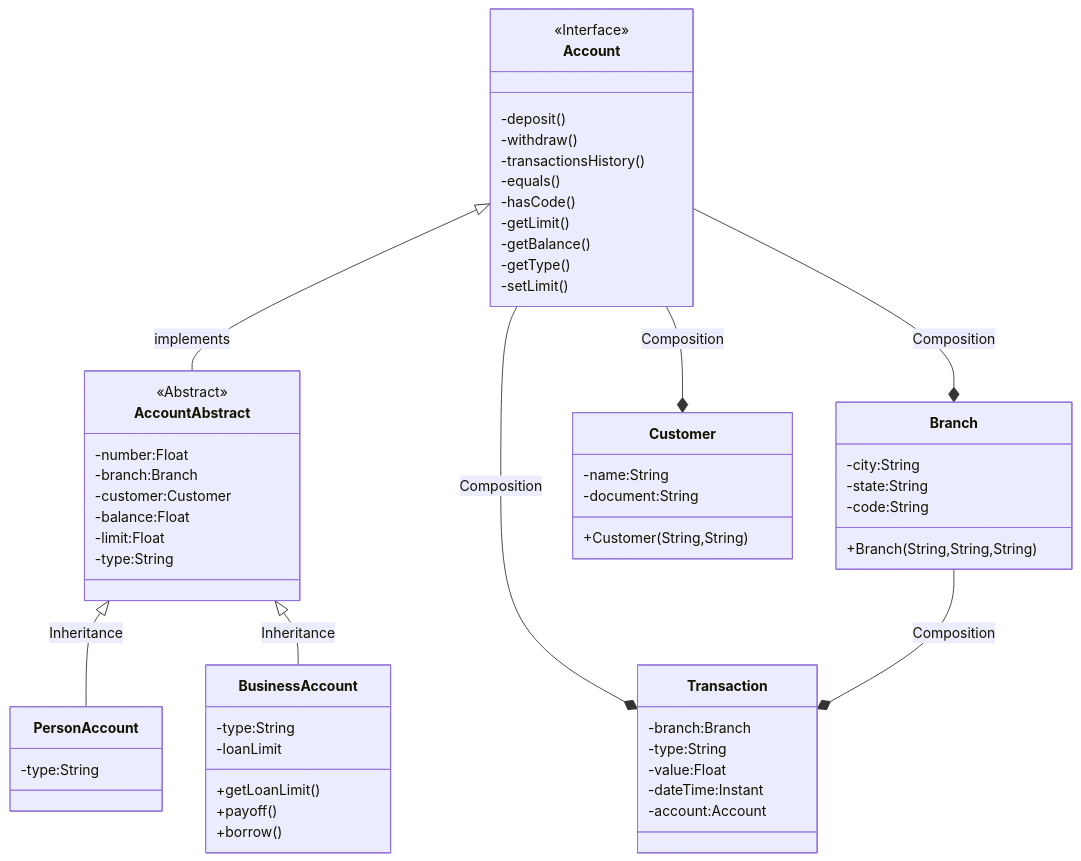
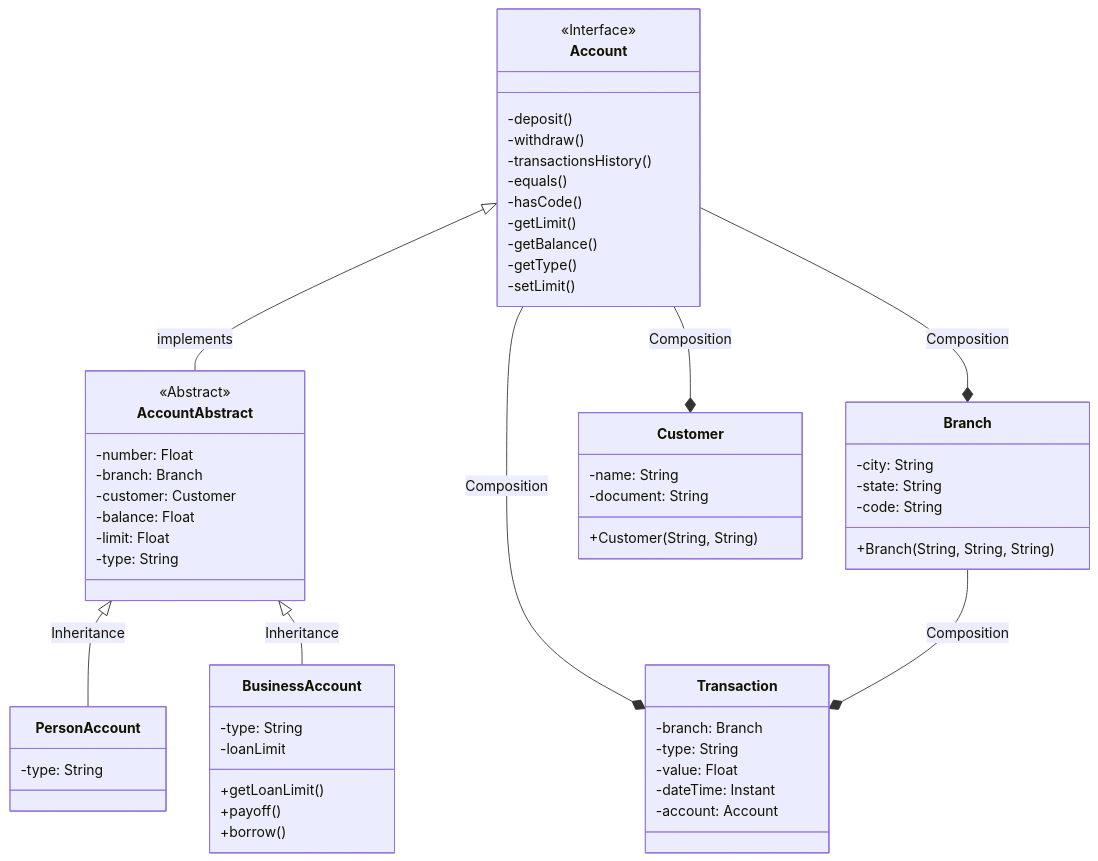
Before and after one commit to camila-fukuda/ryc-1-java: the diagram in README.md, drawn with Mermaid. The commit also changed other lines of this file and 4 other files, not shown here.

````diff
--- a/README.md
+++ b/README.md
@@ -69,59 +80,59 @@
 ```mermaid
 classDiagram
-    Account <|-- AccountAbstract : implements
+    Account <|-- AccountAbstract: implements
     AccountAbstract <|-- PersonAccount: Inheritance
     AccountAbstract <|-- BusinessAccount: Inheritance
-    Account --* Transaction : Composition
-    Branch --* Transaction : Composition
-    Account --* Branch : Composition
-    Account --* Customer : Composition
-    class Transaction{
-        -branch:Branch
-        -type:String
-        -value:Float
-        -dateTime:Instant
-        -account:Account
+    Account --* Transaction: Composition
+    Branch --* Transaction: Composition
+    Account --* Branch: Composition
+    Account --* Customer: Composition
+    class Transaction {
+        -branch: Branch
+        -type: String
+        -value: Float
+        -dateTime: Instant
+        -account: Account
     }
     class Customer {
-        -name:String
-        -document:String
-        +Customer(String,String)
+        -name: String
+        -document: String
+        +Customer(String, String)
     }
-    class Branch{
-        -city:String
-        -state:String
-        -code:String
-        +Branch(String,String,String)
+    class Branch {
+        -city: String
+        -state: String
+        -code: String
+        +Branch(String, String, String)
     }
-    class Account{
+    class Account {
         <<Interface>>
         -deposit()
         -withdraw()
         -transactionsHistory()
         -equals()
         -hasCode()
         -getLimit()
         -getBalance()
         -getType()
         -setLimit()
     }
-    class AccountAbstract{
+    class AccountAbstract {
         <<Abstract>>
-        -number:Float
-        -branch:Branch
-        -customer:Customer
-        -balance:Float
-        -limit:Float
-        -type:String
+        -number: Float
+        -branch: Branch
+        -customer: Customer
+        -balance: Float
+        -limit: Float
+        -type: String
     }
-    class PersonAccount{
-        -type:String
+    class PersonAccount {
+        -type: String
     }
-    class BusinessAccount{
-        -type:String
+    class BusinessAccount {
+        -type: String
         -loanLimit
         +getLoanLimit()
         +payoff()
         +borrow()
     }
 ```
````
